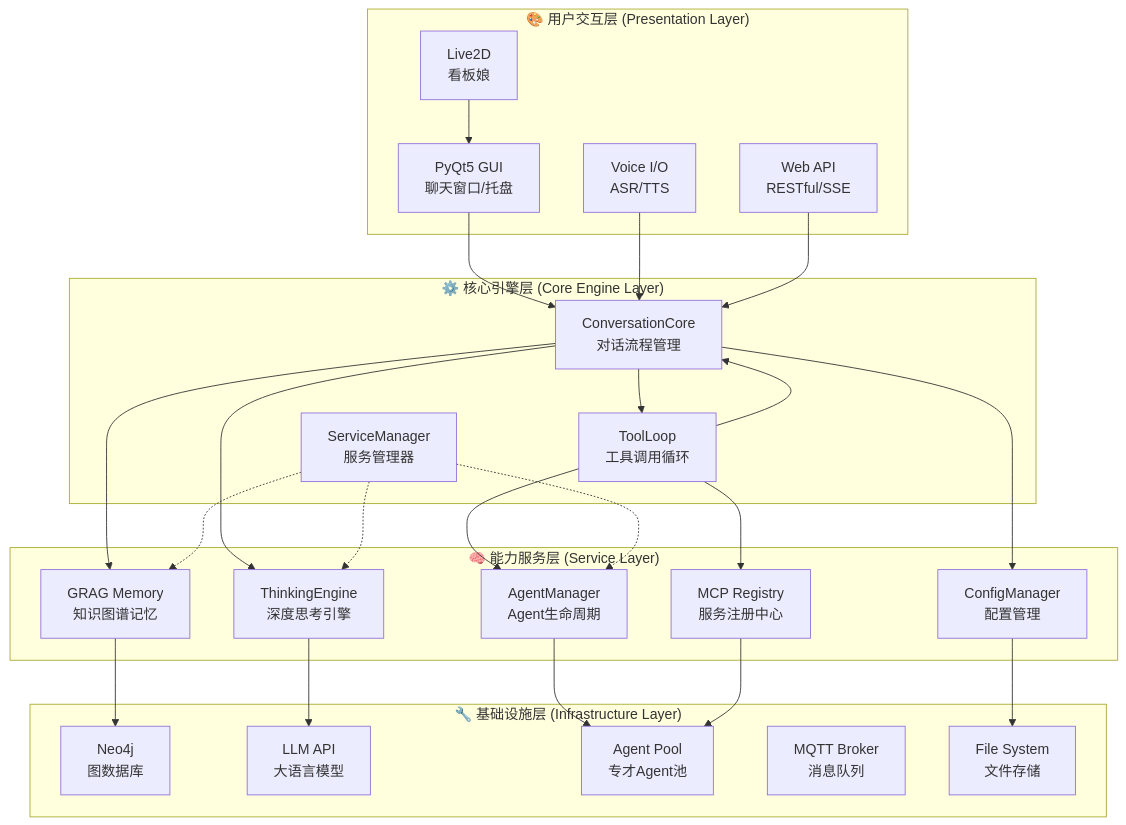
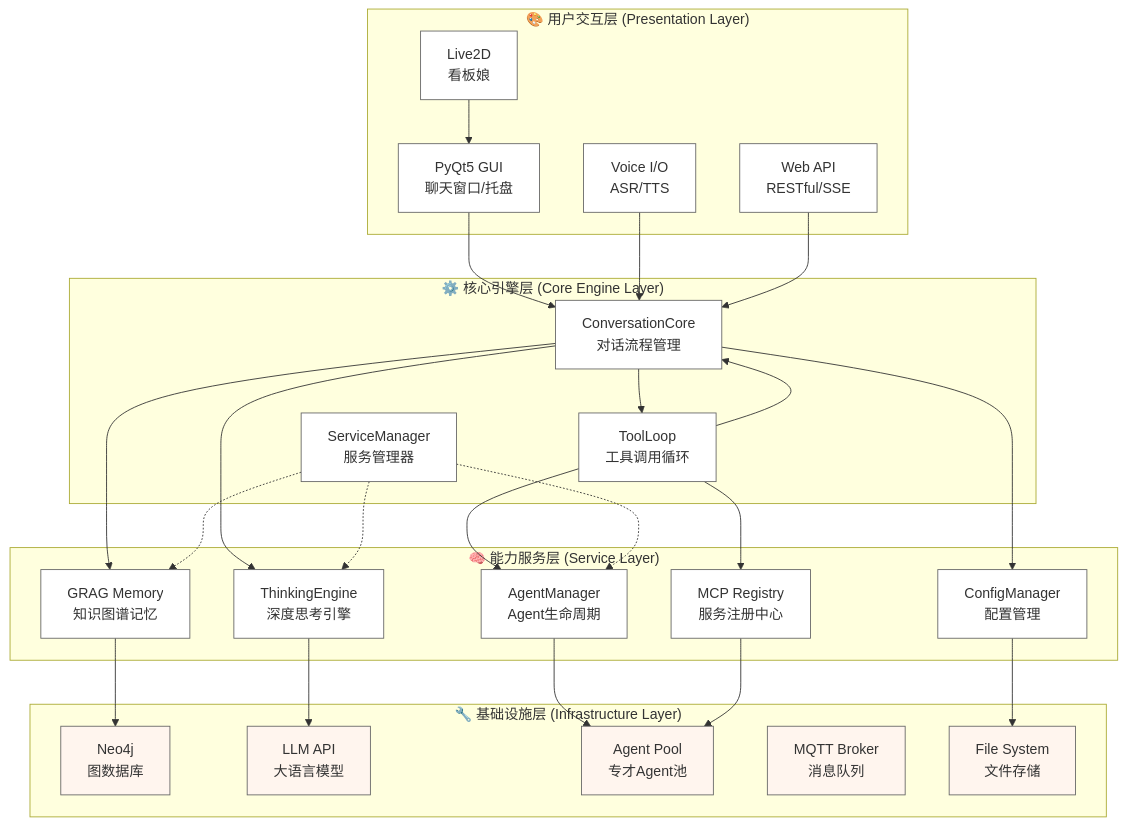
One commit to RTGS2017/NagaAgent changed the first of 3 diagrams in README.md. Above: the diagram before and after it, drawn with Mermaid. The commit also changed other lines of this file, not shown here.

````diff
--- a/README.md
+++ b/README.md
@@ -271,51 +322,62 @@
 ```mermaid
 graph TB
+    %% 样式定义
+    classDef layer fill:#f0f8ff,stroke:#333,stroke-width:2px
+    classDef component fill:#ffffff,stroke:#666,stroke-width:1px
+    classDef infra fill:#fff5ee,stroke:#666,stroke-width:1px
+
     subgraph "🎨 用户交互层 (Presentation Layer)"
         A1[PyQt5 GUI<br/>聊天窗口/托盘]
         A2[Voice I/O<br/>ASR/TTS]
         A3[Web API<br/>RESTful/SSE]
         A4[Live2D<br/>看板娘]
     end
 
     subgraph "⚙️ 核心引擎层 (Core Engine Layer)"
         B1[ConversationCore<br/>对话流程管理]
         B2[ToolLoop<br/>工具调用循环]
         B3[ServiceManager<br/>服务管理器]
     end
 
     subgraph "🧠 能力服务层 (Service Layer)"
         C1[ThinkingEngine<br/>深度思考引擎]
         C2[GRAG Memory<br/>知识图谱记忆]
         C3[AgentManager<br/>Agent生命周期]
         C4[MCP Registry<br/>服务注册中心]
         C5[ConfigManager<br/>配置管理]
     end
 
     subgraph "🔧 基础设施层 (Infrastructure Layer)"
         D1[Neo4j<br/>图数据库]
         D2[LLM API<br/>大语言模型]
         D3[Agent Pool<br/>专才Agent池]
         D4[MQTT Broker<br/>消息队列]
         D5[File System<br/>文件存储]
     end
 
     %% 交互关系
     A1 --> B1
     A2 --> B1
     A3 --> B1
     A4 --> A1
 
     B1 --> B2
     B2 --> C3 & C4
     B2 --> B1
 
     B1 --> C1 & C2 & C5
 
     C1 --> D2
     C2 --> D1
     C3 --> D3
     C4 --> D3
     C5 --> D5
 
     B3 -.-> C1 & C2 & C3
+
+    %% 应用样式
+    class A1,A2,A3,A4 component
+    class B1,B2,B3 component
+    class C1,C2,C3,C4,C5 component
+    class D1,D2,D3,D4,D5 infra
 ```
````
